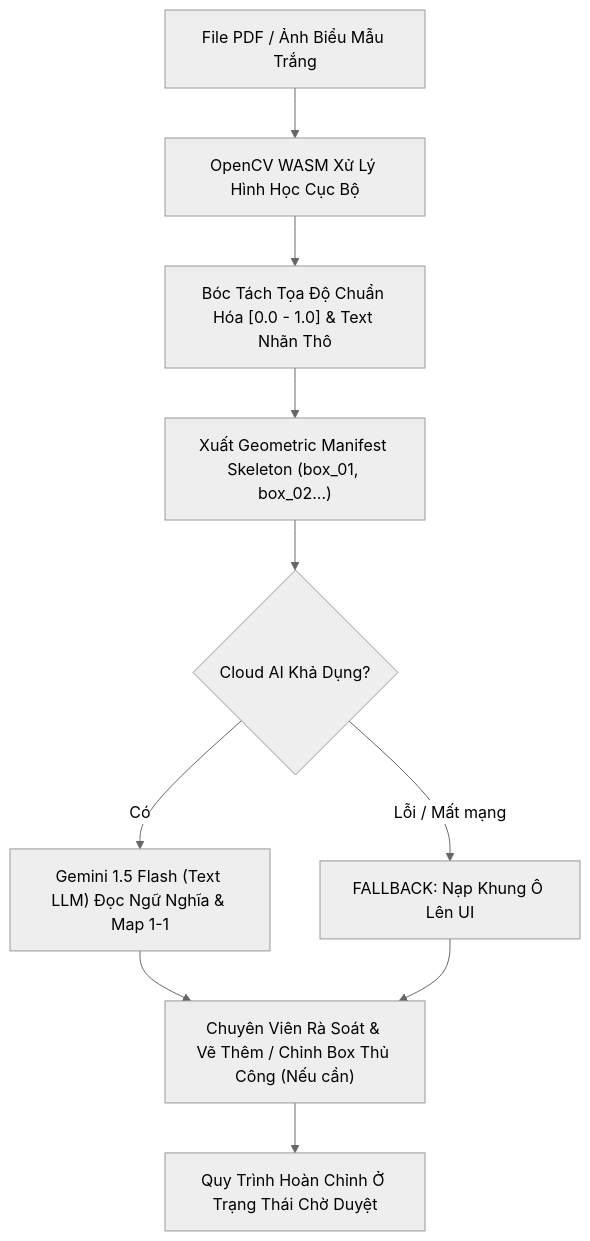
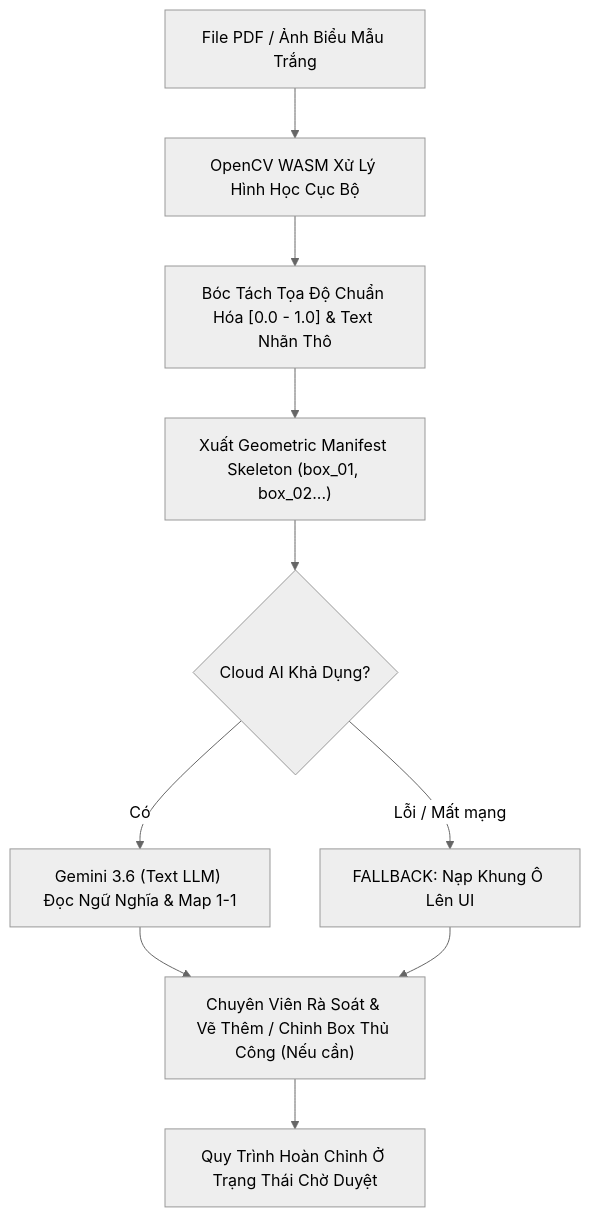
One commit to n22tk05/AFL-Platform changed the seventh of 11 diagrams in docs/PRD.md. Above: the diagram before and after it, drawn with Mermaid (neutral theme). The commit also changed other lines of this file and 6 other files, not shown here.

````diff
--- a/docs/PRD.md
+++ b/docs/PRD.md
@@ -213,12 +213,12 @@
 ```mermaid
 flowchart TD
     A["File PDF / Ảnh Biểu Mẫu Trắng"] --> B["OpenCV WASM Xử Lý Hình Học Cục Bộ"]
     B --> C["Bóc Tách Tọa Độ Chuẩn Hóa [0.0 - 1.0] & Text Nhãn Thô"]
     C --> D["Xuất Geometric Manifest Skeleton (box_01, box_02...)"]
     D --> E{"Cloud AI Khả Dụng?"}
-    E -- Có --> F["Gemini 1.5 Flash (Text LLM) Đọc Ngữ Nghĩa & Map 1-1"]
+    E -- Có --> F["Gemini 3.6 (Text LLM) Đọc Ngữ Nghĩa & Map 1-1"]
     E -- Lỗi / Mất mạng --> G["FALLBACK: Nạp Khung Ô Lên UI"]
     F --> H["Chuyên Viên Rà Soát & Vẽ Thêm / Chỉnh Box Thủ Công (Nếu cần)"]
     G --> H
     H --> I["Quy Trình Hoàn Chỉnh Ở Trạng Thái Chờ Duyệt"]
 ```
````
